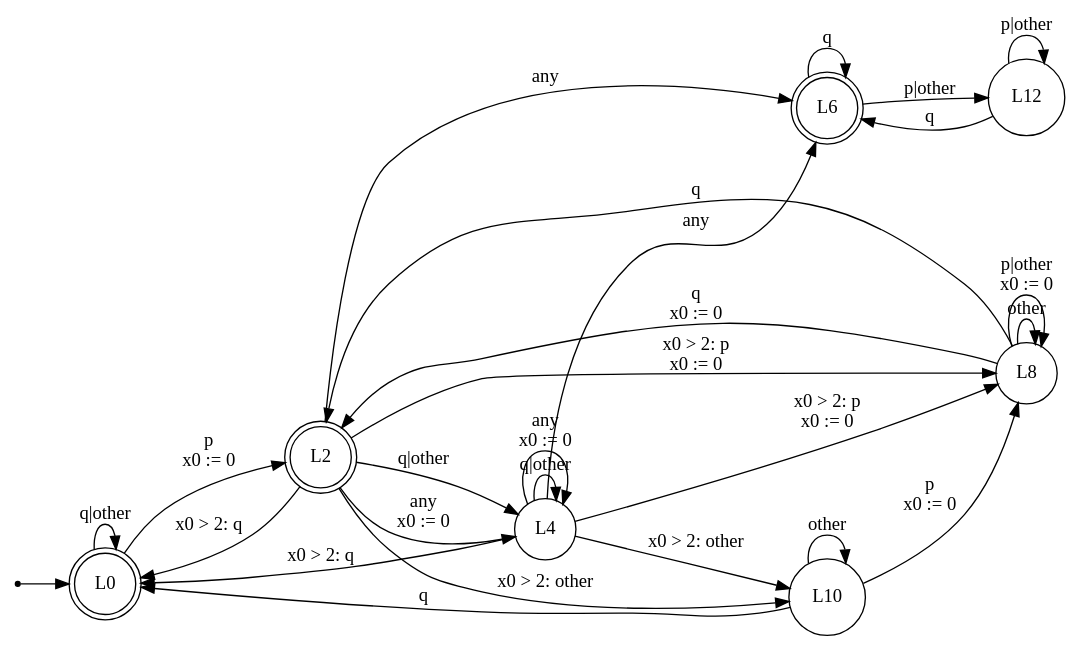
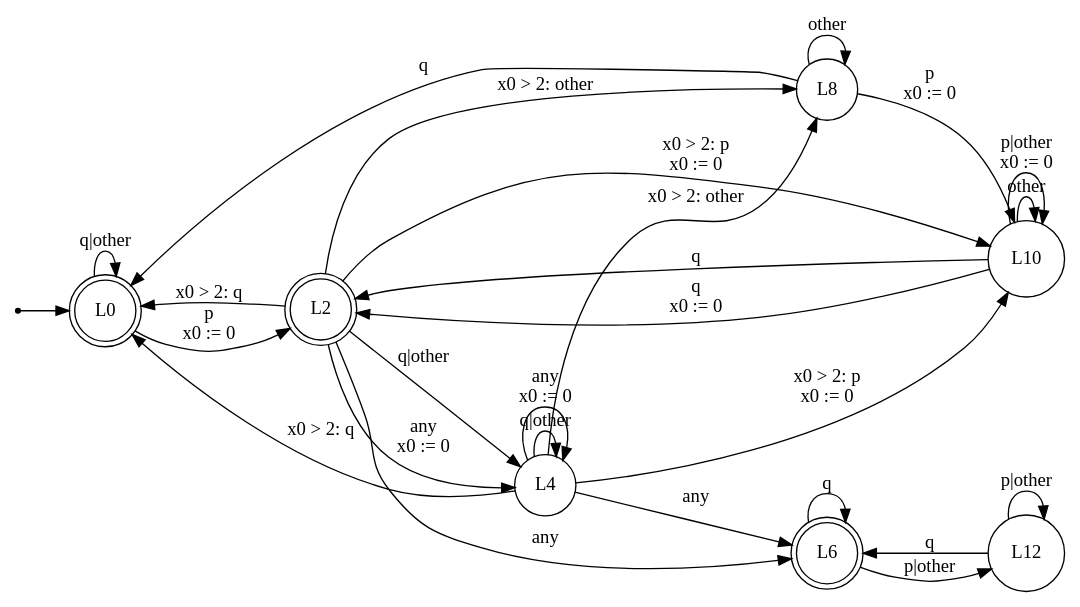
Before and after one commit to efares1/rocq-tba-optimization-uppaal-export: the diagram in evaluation/out/F6.dot, drawn with Graphviz. The commit also changed 268 other files, not shown here.

```diff
--- a/evaluation/out/F6.dot
+++ b/evaluation/out/F6.dot
@@ -1,38 +1,38 @@
 digraph TA {
   rankdir=LR;
   node [shape=circle];
   init [shape=point];
   init -> L0;
   L0 [shape=doublecircle, label="L0"];
   L2 [shape=doublecircle, label="L2"];
   L4 [shape=circle, label="L4"];
   L6 [shape=doublecircle, label="L6"];
   L8 [shape=circle, label="L8"];
   L10 [shape=circle, label="L10"];
   L12 [shape=circle, label="L12"];
   L0 -> L0 [label="q|other"];
   L0 -> L2 [label="p\nx0 := 0"];
   L2 -> L0 [label="x0 > 2: q"];
   L2 -> L4 [label="q|other"];
   L2 -> L4 [label="any\nx0 := 0"];
   L2 -> L6 [label="any"];
-  L2 -> L8 [label="x0 > 2: p\nx0 := 0"];
-  L2 -> L10 [label="x0 > 2: other"];
+  L2 -> L8 [label="x0 > 2: other"];
+  L2 -> L10 [label="x0 > 2: p\nx0 := 0"];
   L4 -> L0 [label="x0 > 2: q"];
   L4 -> L4 [label="q|other"];
   L4 -> L4 [label="any\nx0 := 0"];
   L4 -> L6 [label="any"];
-  L4 -> L8 [label="x0 > 2: p\nx0 := 0"];
-  L4 -> L10 [label="x0 > 2: other"];
+  L4 -> L8 [label="x0 > 2: other"];
+  L4 -> L10 [label="x0 > 2: p\nx0 := 0"];
   L6 -> L6 [label="q"];
   L6 -> L12 [label="p|other"];
-  L8 -> L2 [label="q"];
-  L8 -> L2 [label="q\nx0 := 0"];
+  L8 -> L0 [label="q"];
   L8 -> L8 [label="other"];
-  L8 -> L8 [label="p|other\nx0 := 0"];
-  L10 -> L0 [label="q"];
-  L10 -> L8 [label="p\nx0 := 0"];
+  L8 -> L10 [label="p\nx0 := 0"];
+  L10 -> L2 [label="q"];
+  L10 -> L2 [label="q\nx0 := 0"];
   L10 -> L10 [label="other"];
+  L10 -> L10 [label="p|other\nx0 := 0"];
   L12 -> L6 [label="q"];
   L12 -> L12 [label="p|other"];
 }
```
